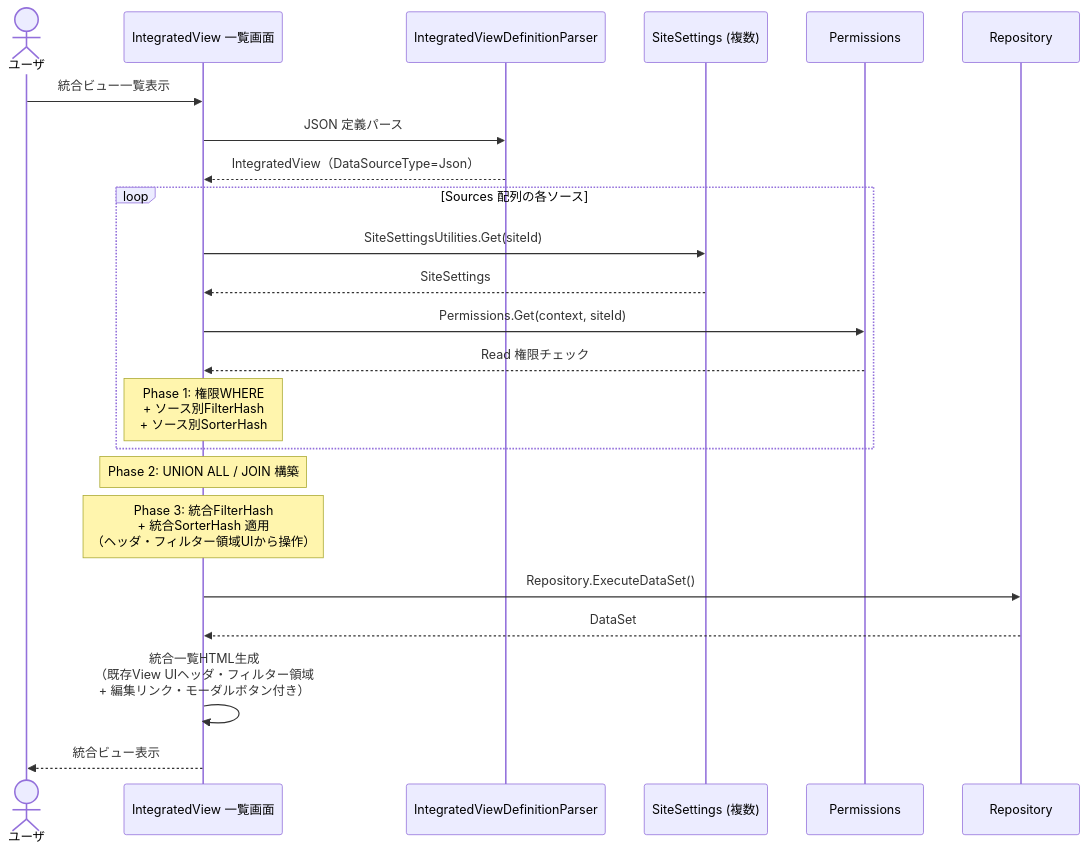
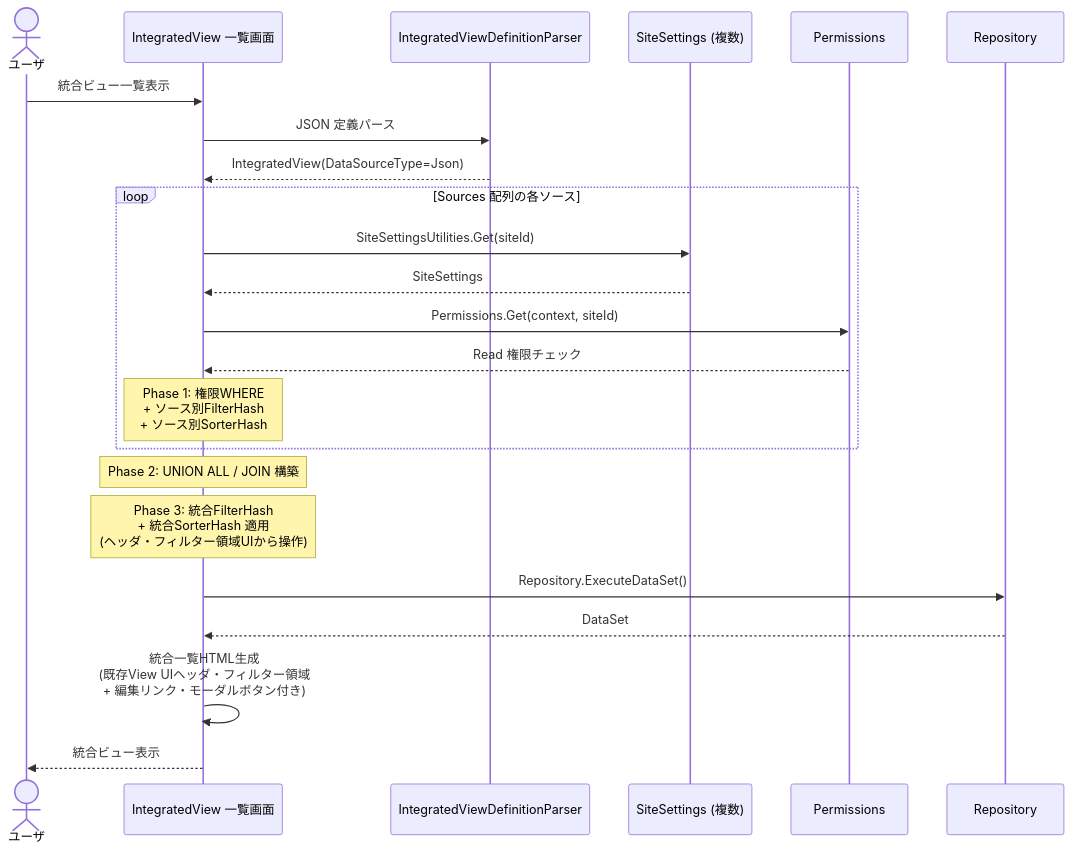
Diagram 13 of 16 in docs/research/06-一覧・ビュー/007-複数テーブル統合ビュー.md (vehiclevisionjp/VehicleVision.Pleasanter.ResearchDocuments), drawn with Mermaid before and after one commit. The commit also changed other lines of this file, not shown here.

Commit message:
docs: mermaid修正、編集対象サイトのJSON定義(Editable)追加、拡張SQLのフィルタ・ソートを対象外に変更

````diff
--- a/docs/research/06-一覧・ビュー/007-複数テーブル統合ビュー.md
+++ b/docs/research/06-一覧・ビュー/007-複数テーブル統合ビュー.md
@@ -1370,29 +1392,29 @@
 ```mermaid
 sequenceDiagram
     actor User as ユーザ
     participant IV as IntegratedView 一覧画面
     participant Parser as IntegratedViewDefinitionParser
     participant SS as SiteSettings (複数)
     participant Perm as Permissions
     participant DB as Repository
 
     User->>IV: 統合ビュー一覧表示
     IV->>Parser: JSON 定義パース
-    Parser-->>IV: IntegratedView（DataSourceType=Json）
+    Parser-->>IV: IntegratedView(DataSourceType=Json)
 
     loop Sources 配列の各ソース
         IV->>SS: SiteSettingsUtilities.Get(siteId)
         SS-->>IV: SiteSettings
         IV->>Perm: Permissions.Get(context, siteId)
         Perm-->>IV: Read 権限チェック
         Note over IV: Phase 1: 権限WHERE<br/>+ ソース別FilterHash<br/>+ ソース別SorterHash
     end
 
     Note over IV: Phase 2: UNION ALL / JOIN 構築
-    Note over IV: Phase 3: 統合FilterHash<br/>+ 統合SorterHash 適用<br/>（ヘッダ・フィルター領域UIから操作）
+    Note over IV: Phase 3: 統合FilterHash<br/>+ 統合SorterHash 適用<br/>(ヘッダ・フィルター領域UIから操作)
     IV->>DB: Repository.ExecuteDataSet()
     DB-->>IV: DataSet
 
-    IV->>IV: 統合一覧HTML生成<br/>（既存View UIヘッダ・フィルター領域<br/>+ 編集リンク・モーダルボタン付き）
+    IV->>IV: 統合一覧HTML生成<br/>(既存View UIヘッダ・フィルター領域<br/>+ 編集リンク・モーダルボタン付き)
     IV-->>User: 統合ビュー表示
 ```
````
